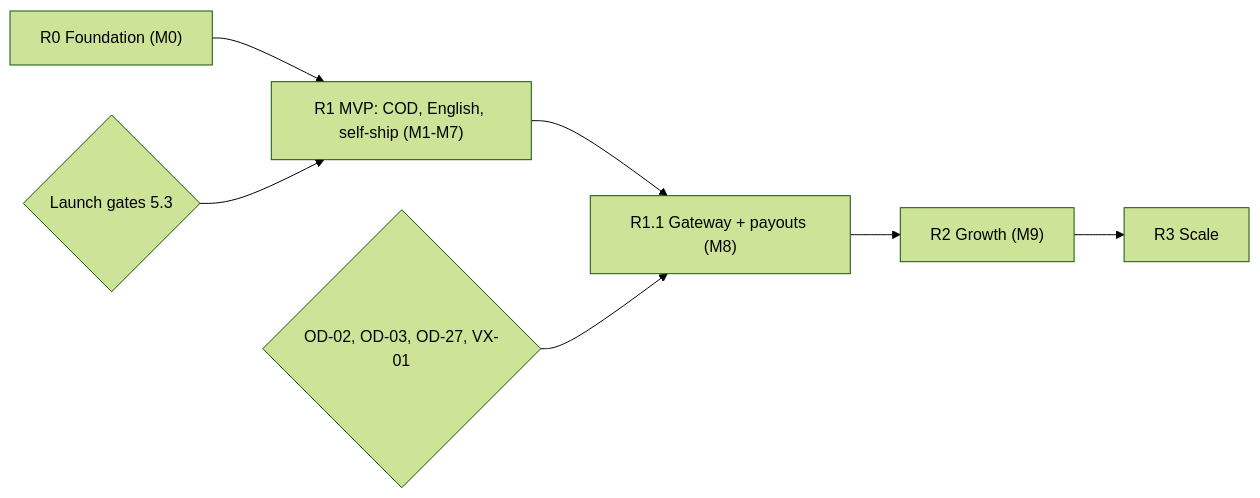
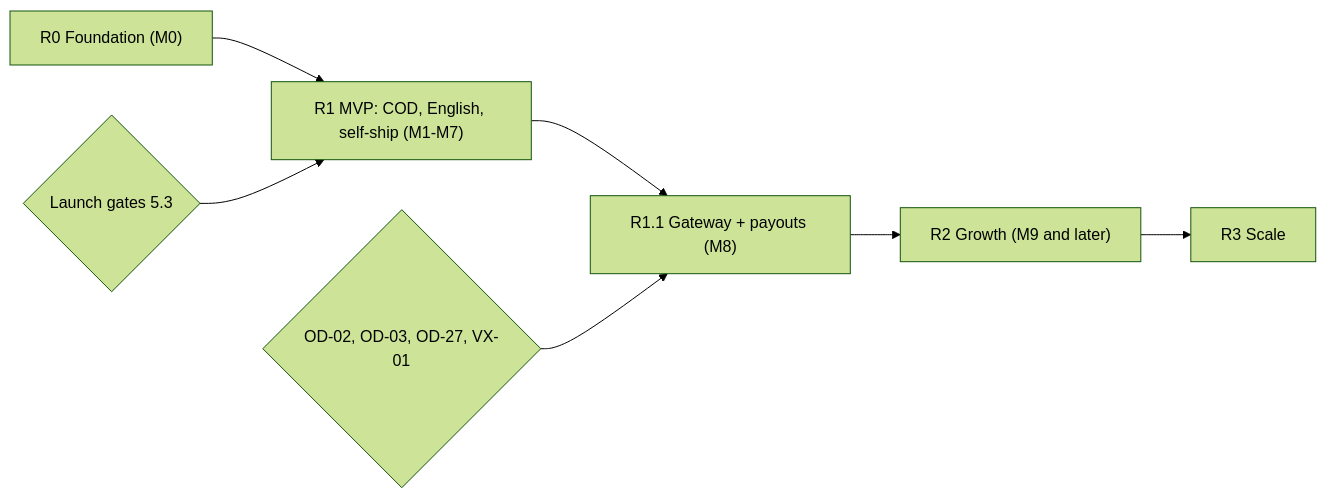
One commit to harublank0-0/drip-nepal changed the third of 3 diagrams in docs/01-product-requirements.md. Above: the diagram before and after it, drawn with Mermaid (forest theme). The commit also changed other lines of this file and 1 other file, not shown here.

````diff
--- a/docs/01-product-requirements.md
+++ b/docs/01-product-requirements.md
@@ -290,9 +290,9 @@
 ```mermaid
 flowchart LR
   R0["R0 Foundation (M0)"] --> R1["R1 MVP: COD, English, self-ship (M1-M7)"]
   R1 --> R11["R1.1 Gateway + payouts (M8)"]
-  R11 --> R2["R2 Growth (M9)"]
+  R11 --> R2["R2 Growth (M9 and later)"]
   R2 --> R3["R3 Scale"]
   G1{"Launch gates 5.3"} --> R1
   G2{"OD-02, OD-03, OD-27, VX-01"} --> R11
 ```
````
